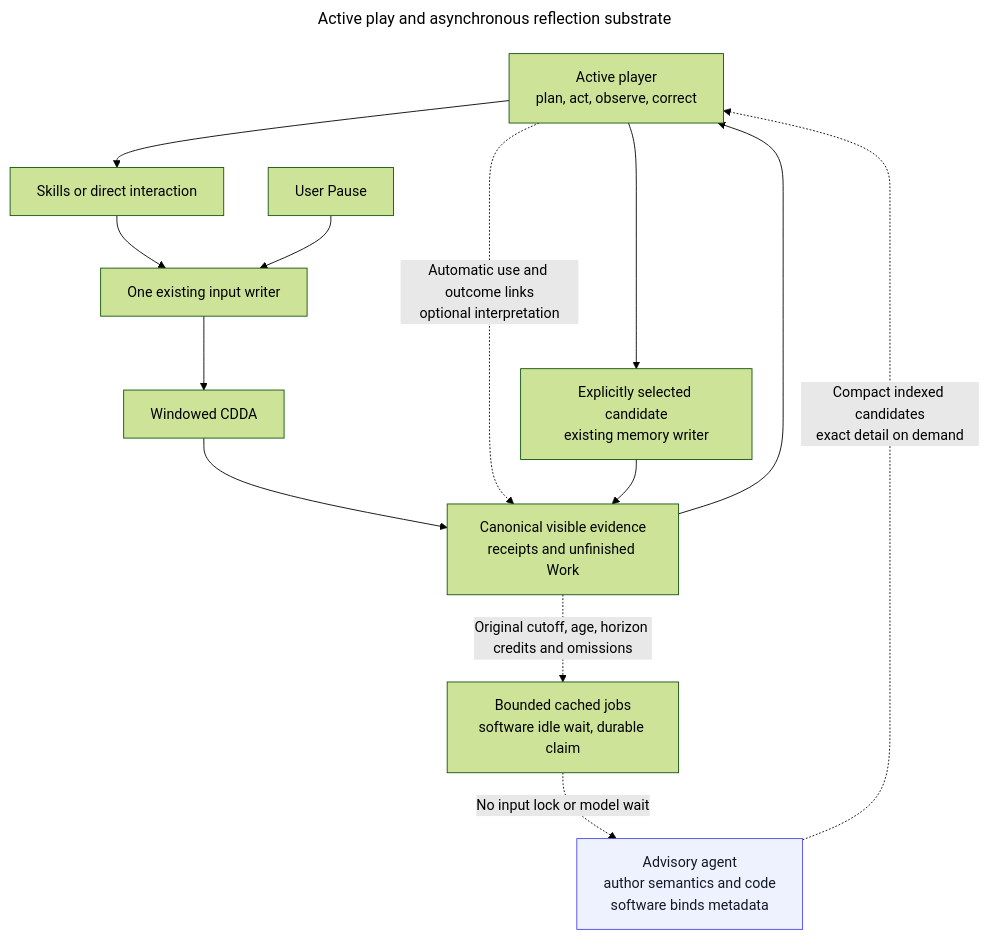
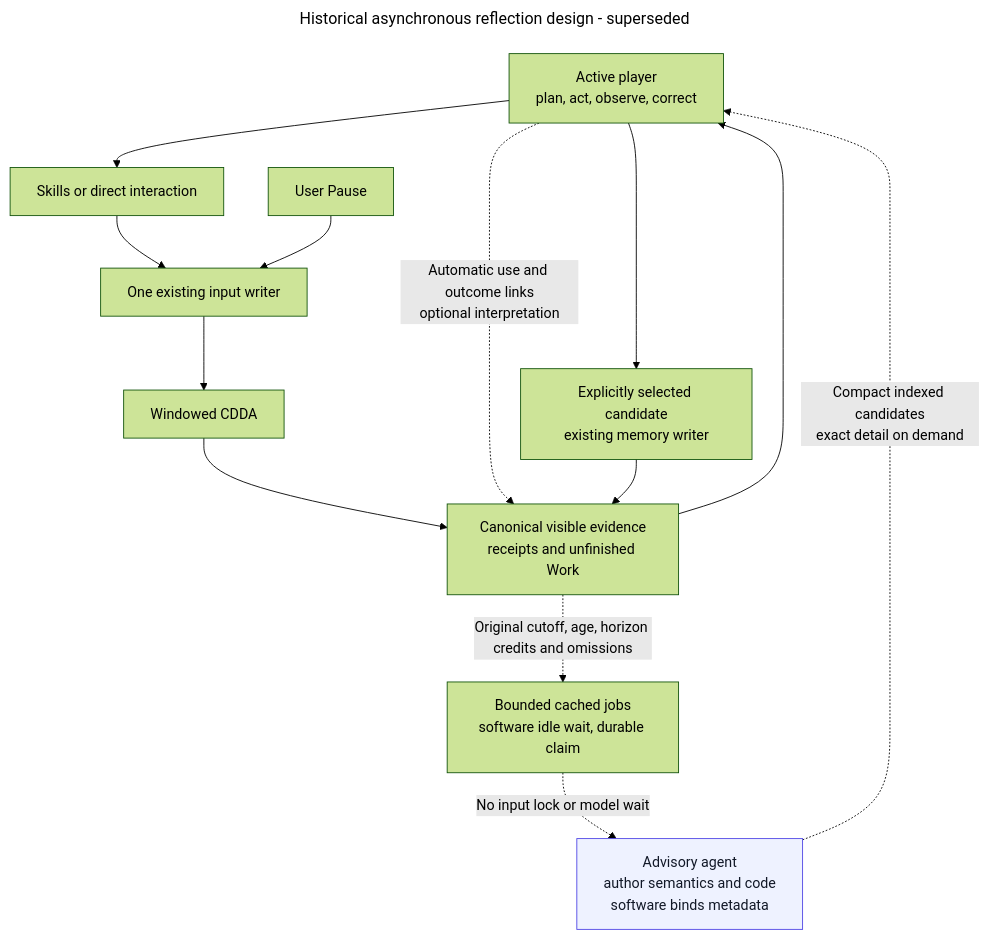
One commit to CVX-Hull/enactive changed the diagram in docs/diagrams/asynchronous-reflection.mmd. Above: the diagram before and after it, drawn with Mermaid (forest theme). The commit also changed 382 other files, not shown here.

First line of the commit message:
Replace semantic harness with mechanical computer control (#289)

```diff
--- a/docs/diagrams/asynchronous-reflection.mmd
+++ b/docs/diagrams/asynchronous-reflection.mmd
@@ -1,20 +1,20 @@
 ---
-title: Active play and asynchronous reflection substrate
+title: Historical asynchronous reflection design - superseded
 ---
 flowchart TB
-  accTitle: One active player acts while a background learner proposes evidence-linked procedures
-  accDescr: One active player uses skills or ordinary input through the existing writer to windowed CDDA. Original receipts feed a bounded job mailbox. An advisory agent claims jobs and returns source linked proposals outside all input locks. Only the active player adopts procedure revisions through the existing memory writer. User Pause remains independent. Bounded actual overlap is demonstrated; general usefulness, apparent cadence and the integrated campaign remain separate acceptance questions.
+  accTitle: Historical design - One active player acts while a background learner proposes evidence-linked procedures
+  accDescr: Historical diagram retained for earlier reports and proposals. The current production replacement is the basic computer and player contract; these semantic components are not current runtime instructions. One active player uses skills or ordinary input through the existing writer to windowed CDDA. Original receipts feed a bounded job mailbox. An advisory agent claims jobs and returns source linked proposals outside all input locks. Only the active player adopts procedure revisions through the existing memory writer. User Pause remains independent. Bounded actual overlap is demonstrated; general usefulness, apparent cadence and the integrated campaign remain separate acceptance questions.
   P["Active player<br/>plan, act, observe, correct"] --> I["Skills or direct interaction"]
   I --> W["One existing input writer"]
   W --> G["Windowed CDDA"]
   G --> E["Canonical visible evidence<br/>receipts and unfinished Work"]
   E --> P
   E -. "Original cutoff, age, horizon credits and omissions" .-> Q["Bounded cached jobs<br/>software idle wait, durable claim"]
   Q -. "No input lock or model wait" .-> R["Advisory agent<br/>author semantics and code<br/>software binds metadata"]
   R -. "Compact indexed candidates<br/>exact detail on demand" .-> P
   P -. "Automatic use and outcome links<br/>optional interpretation" .-> E
   P --> M["Explicitly selected candidate<br/>existing memory writer"]
   M --> E
   U["User Pause"] --> W
   classDef learner fill:#eef2ff,stroke:#4f46e5,color:#111827
   class R learner
```
